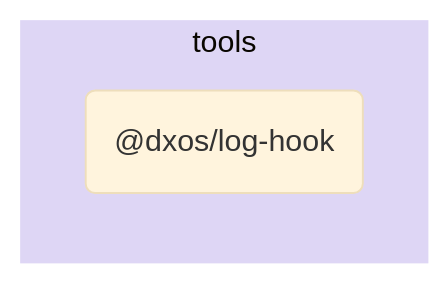
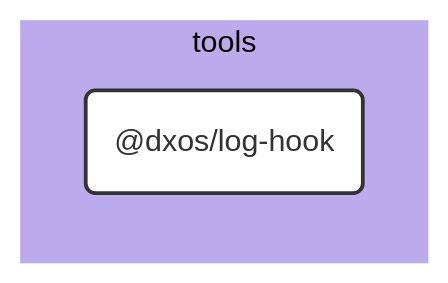
One commit to dxos/dxos changed the diagram in tools/log-hook/docs/README.md. Above: the diagram before and after it, drawn with Mermaid (base theme). The commit also changed other lines of this file and 109 other files, not shown here.

````diff
--- a/tools/log-hook/docs/README.md
+++ b/tools/log-hook/docs/README.md
@@ -5,9 +7,25 @@
 ```mermaid
-flowchart LR;
+%%{ init: {'flowchart':{'curve':'basis'}} }%%
 
+flowchart LR
+
+%% Links
+
+%% Sections
 subgraph tools
-  style tools fill:#ded6f5,stroke:#fff;
-  dxos/log-hook("@dxos/log-hook");
+  style tools fill:#bbabed,stroke:#fff;
+
+  dxos/log-hook("@dxos/log-hook")
 end
 
+
+%% Hyperlinks
+
+%% Styles
+classDef rootNode fill:#fff,stroke:#333,stroke-width:2px
+classDef defaultNode fill:#fff,stroke:#333,stroke-width:1px
+linkStyle default stroke:#333,stroke-width:1px
+
+dxos/log-hook:::rootNode
+
 ```
````
